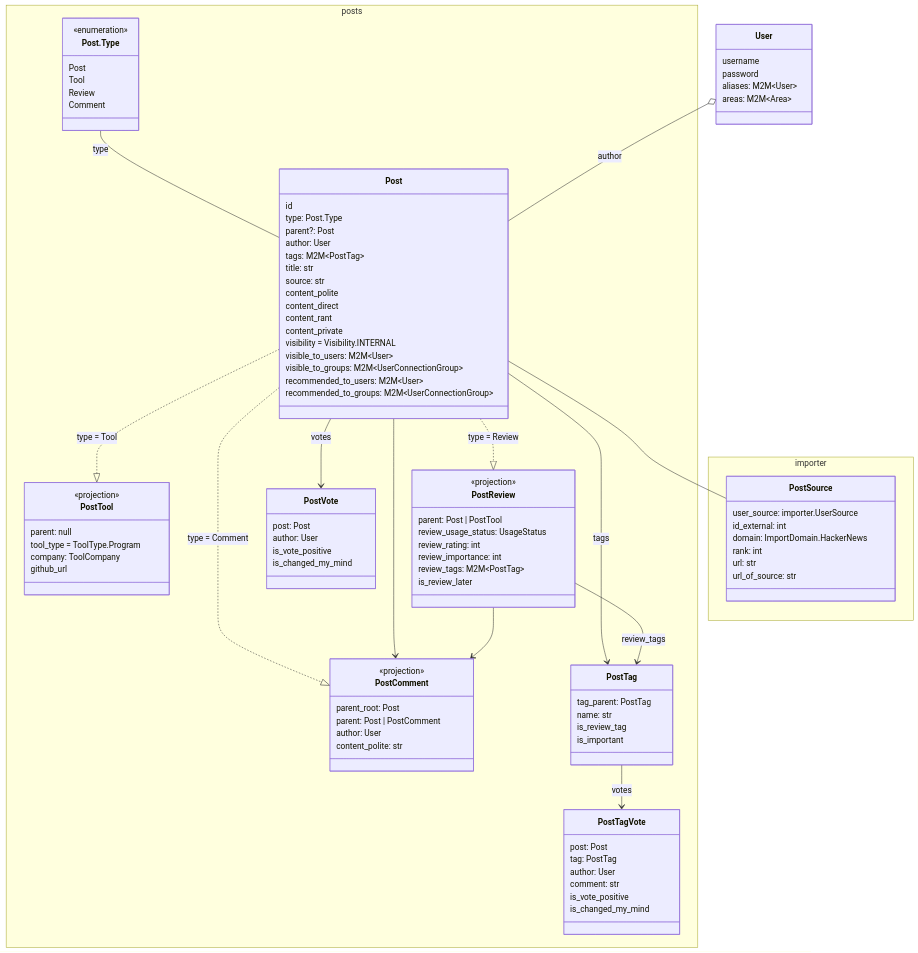
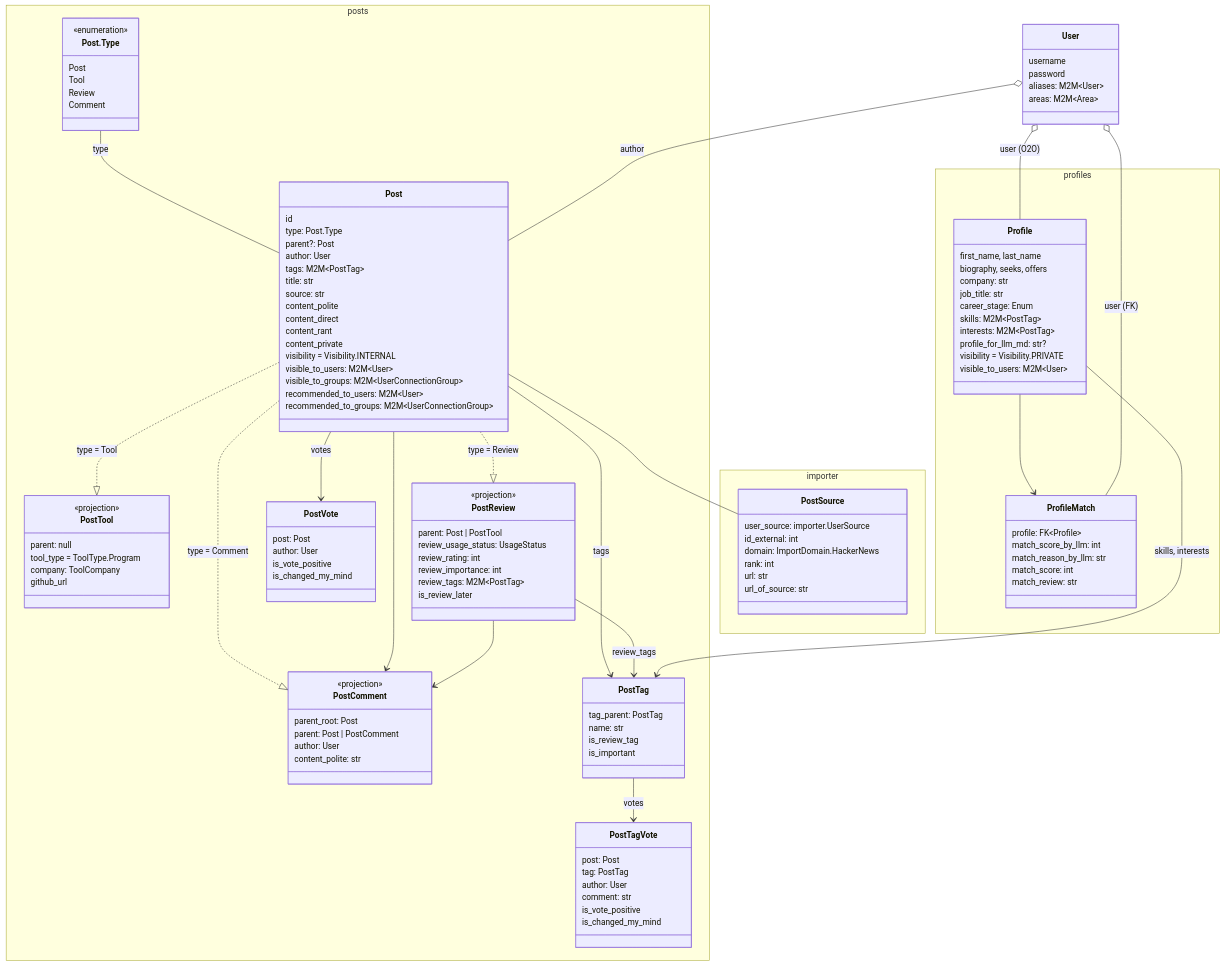
One commit to neuronhub-app/NeuronHub changed the diagram in docs/architecture/README.md. Above: the diagram before and after it, drawn with Mermaid. The commit also changed other lines of this file and 2 other files, not shown here.

Commit message:
docs(profile): add arch & update the main UML

````diff
--- a/docs/architecture/README.md
+++ b/docs/architecture/README.md
@@ -14,4 +14,5 @@
 ```mermaid
+
 classDiagram
     `Post.Type` -- Post: type
     Post ..|> PostTool: type = Tool
@@ -124,4 +125,40 @@
             url_of_source: str
         }
     }
+
+    User o-- Profile : user (O2O)
+    Profile --> PostTag : skills, interests
+    Profile --> ProfileMatch
+    User o-- ProfileMatch : user (FK)
+
+    namespace profiles {
+        class Profile {
+            first_name, last_name
+
+            biography, seeks, offers
+
+            company: str
+            job_title: str
+            
+            career_stage: Enum
+
+            skills: M2M~PostTag~
+            interests: M2M~PostTag~
+
+            profile_for_llm_md: str? 
+
+            visibility = Visibility.PRIVATE
+            visible_to_users: M2M~User~
+        }
+
+        class ProfileMatch {
+            profile: FK~Profile~
+            match_score_by_llm: int
+            match_reason_by_llm: str
+			
+			%% review by User
+            match_score: int
+            match_review: str
+        }
+    }
 ```
````
